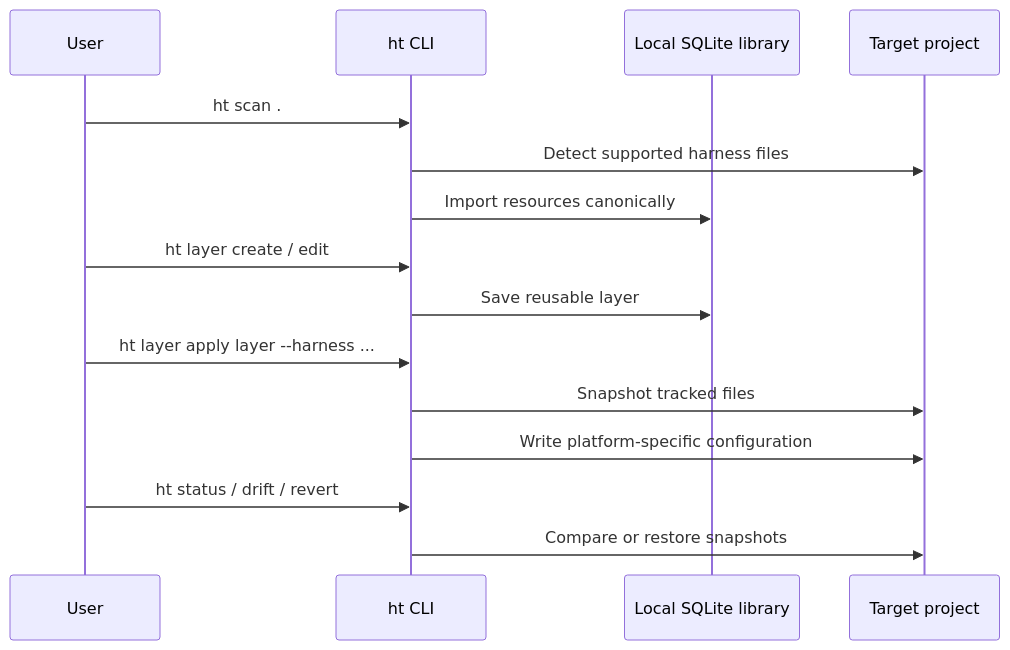
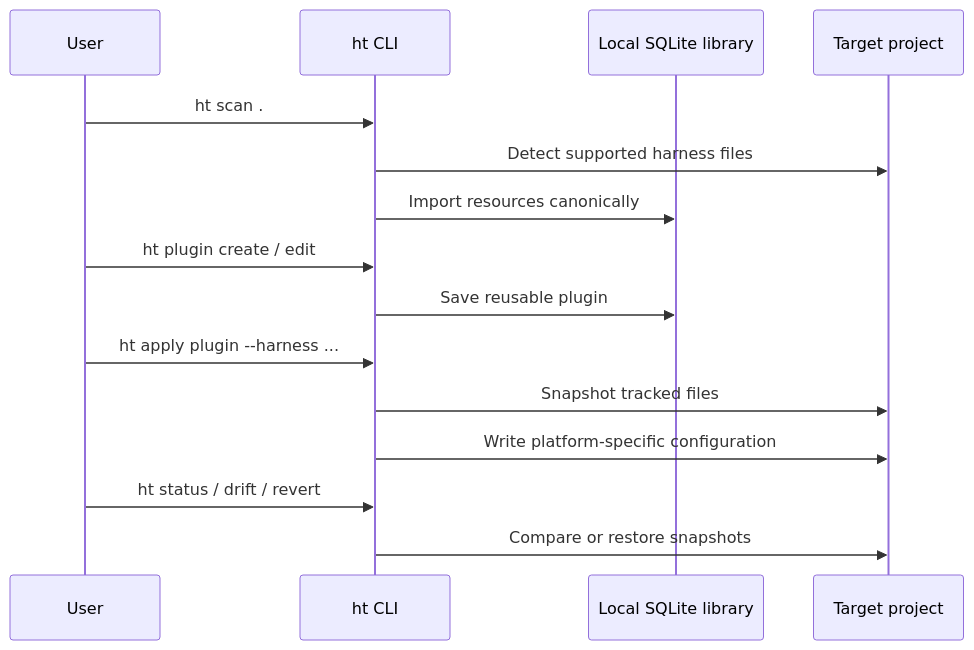
One commit to harnesstap/harnesstap changed the second of 3 diagrams in README.md. Above: the diagram before and after it, drawn with Mermaid. The commit also changed other lines of this file and 69 other files, not shown here.

Commit message:
docs: rename layer to plugin across docs, scenarios, and root files

````diff
--- a/README.md
+++ b/README.md
@@ -253,18 +253,18 @@
 ```mermaid
 sequenceDiagram
   participant User
   participant CLI as ht CLI
   participant DB as Local SQLite library
   participant Project as Target project
 
   User->>CLI: ht scan .
   CLI->>Project: Detect supported harness files
   CLI->>DB: Import resources canonically
-  User->>CLI: ht layer create / edit
-  CLI->>DB: Save reusable layer
-  User->>CLI: ht layer apply layer --harness ...
+  User->>CLI: ht plugin create / edit
+  CLI->>DB: Save reusable plugin
+  User->>CLI: ht apply plugin --harness ...
   CLI->>Project: Snapshot tracked files
   CLI->>Project: Write platform-specific configuration
   User->>CLI: ht status / drift / revert
   CLI->>Project: Compare or restore snapshots
 ```
````
